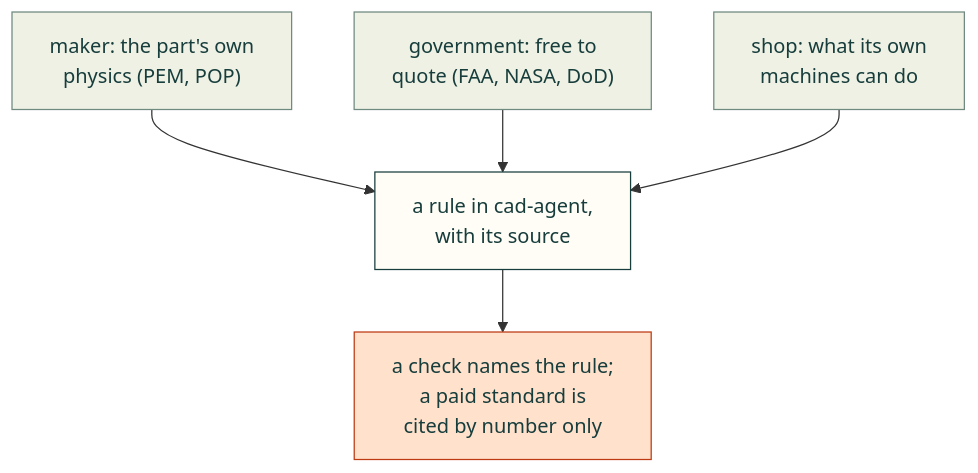
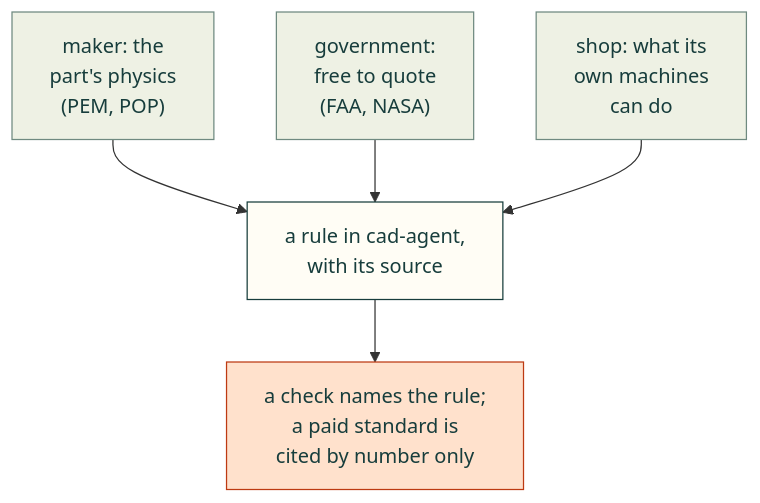
Before and after one commit to Valpatel/cad-agent: the second of 3 diagrams in research/sheet-metal-guides.md, drawn with Mermaid. The commit also changed other lines of this file and 2 other files, not shown here.

First line of the commit message:
Research pages: diagrams fit the 1100 px column; second-review fixes

````diff
--- a/research/sheet-metal-guides.md
+++ b/research/sheet-metal-guides.md
@@ -67,13 +65,13 @@
 ```mermaid
 flowchart TD
-    M["maker: the part's own<br/>physics (PEM, POP)"] --> R["a rule in cad-agent,<br/>with its source"]
-    G["government: free to<br/>quote (FAA, NASA, DoD)"] --> R
-    S["shop: what its own<br/>machines can do"] --> R
+    M["maker: the<br/>part's physics<br/>(PEM, POP)"] --> R["a rule in cad-agent,<br/>with its source"]
+    G["government:<br/>free to quote<br/>(FAA, NASA)"] --> R
+    S["shop: what its<br/>own machines<br/>can do"] --> R
     R --> C["a check names the rule;<br/>a paid standard is<br/>cited by number only"]
     classDef here fill:#fffdf5,stroke:#173d3c,color:#173d3c
     classDef near fill:#eef1e4,stroke:#6f8a80,color:#173d3c
     classDef out fill:#ffe1cc,stroke:#bd3a12,color:#173d3c
     class M,G,S near
     class R here
     class C out
 ```
````
